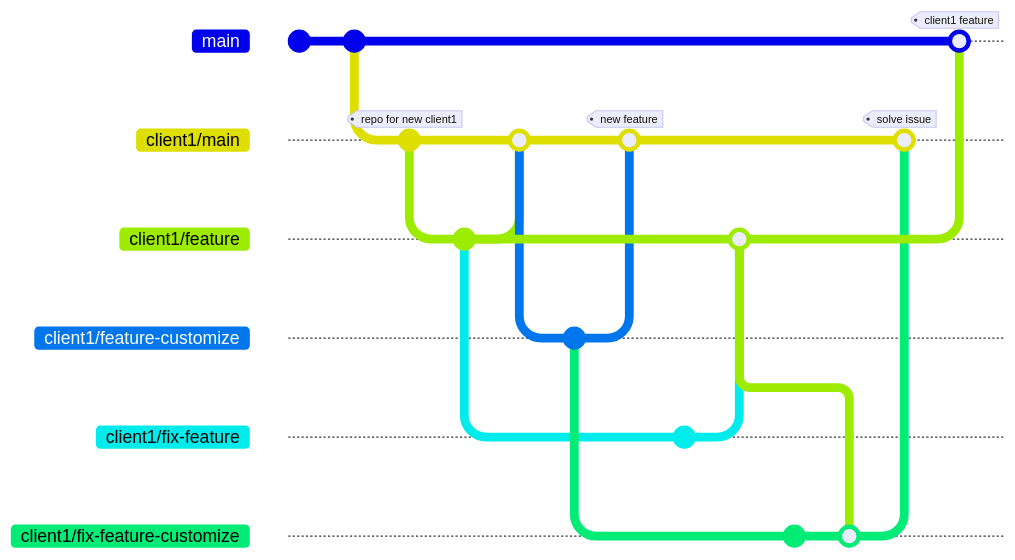
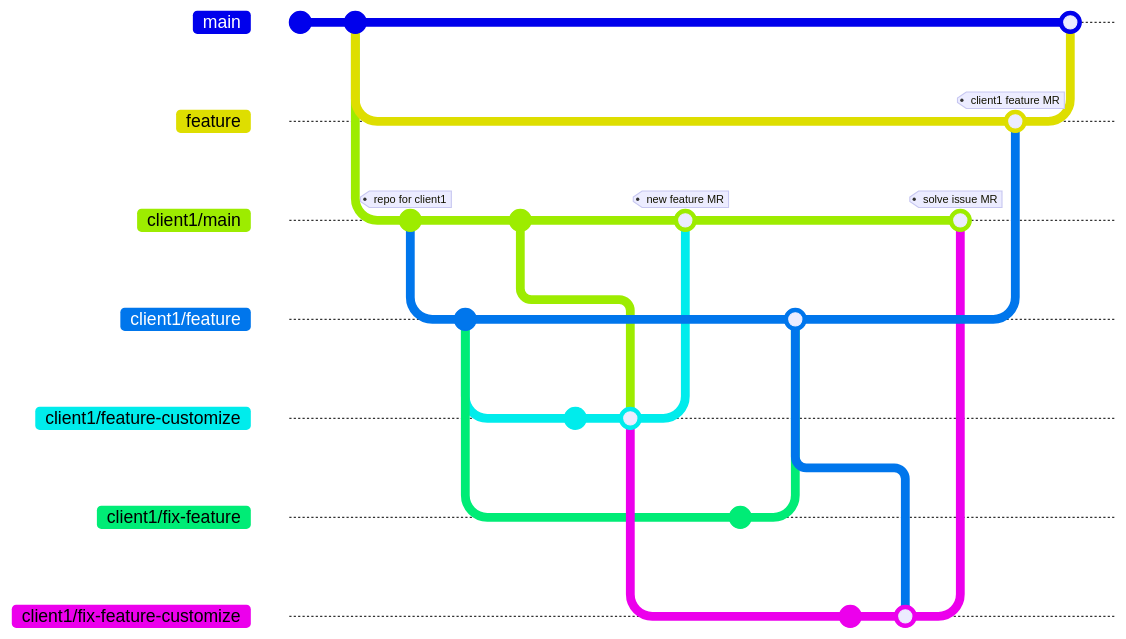
One commit to tsengyushiang/notes changed the diagram in git/workflow.md. Above: the diagram before and after it, drawn with Mermaid. The commit also changed other lines of this file, not shown here. Commit ids are hidden.

````diff
--- a/git/workflow.md
+++ b/git/workflow.md
@@ -5,29 +8,35 @@
 ```mermaid
 
 gitGraph
     commit
     commit
+    branch feature
     branch client1/main
-    commit tag:"repo for new client1"
+    commit tag:"repo for client1"
     branch client1/feature
     commit
     checkout client1/main
-    merge client1/feature
+    commit id:"other feature"
+    checkout client1/feature
     branch client1/feature-customize
     commit
+    merge client1/main
     checkout client1/main
-    merge client1/feature-customize tag:"new feature"
+    merge client1/feature-customize tag:"new feature MR"
     checkout client1/feature
     branch client1/fix-feature
     commit
     checkout client1/feature
     merge client1/fix-feature
     checkout client1/feature-customize
     branch client1/fix-feature-customize
     commit
     merge client1/feature
     checkout client1/main
-    merge client1/fix-feature-customize tag:"solve issue"
+    merge client1/fix-feature-customize tag:"solve issue MR"
     checkout main
-    merge client1/feature tag:"client1 feature"
+    checkout feature
+    merge client1/feature tag:"client1 feature MR"
+    checkout main
+    merge feature
 ```
````
